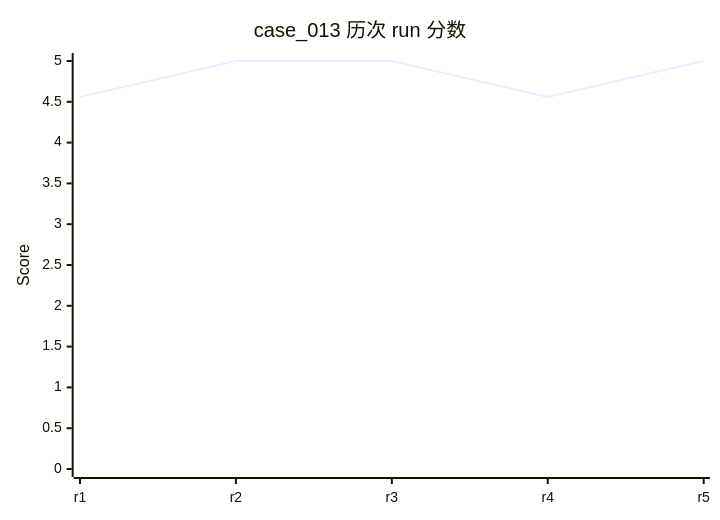
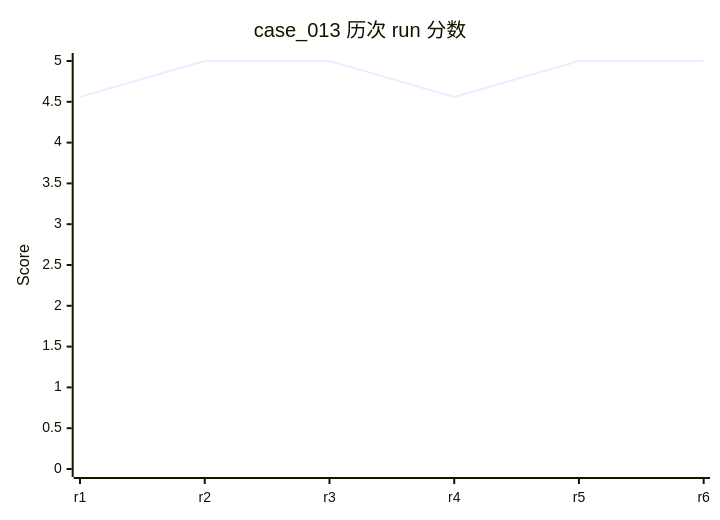
Before and after one commit to rushengzhou/sid-code: diagram 18 of 58 in evals/DASHBOARD.md, drawn with Mermaid. The commit also changed other lines of this file and 108 other files, not shown here.

````diff
--- a/evals/DASHBOARD.md
+++ b/evals/DASHBOARD.md
@@ -425,7 +426,7 @@
 ```mermaid
 xychart-beta
     title "case_013 历次 run 分数"
-    x-axis [r1, r2, r3, r4, r5]
+    x-axis [r1, r2, r3, r4, r5, r6]
     y-axis "Score" 0 --> 5
-    line [4.56, 5.00, 5.00, 4.56, 5.00]
+    line [4.56, 5.00, 5.00, 4.56, 5.00, 5.00]
 ```
````
